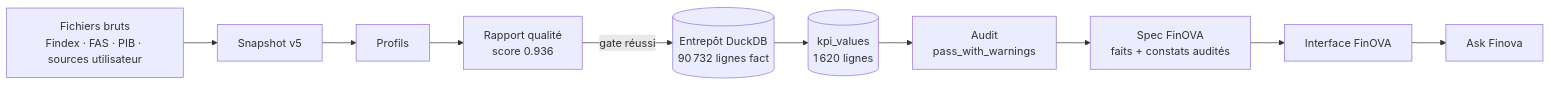
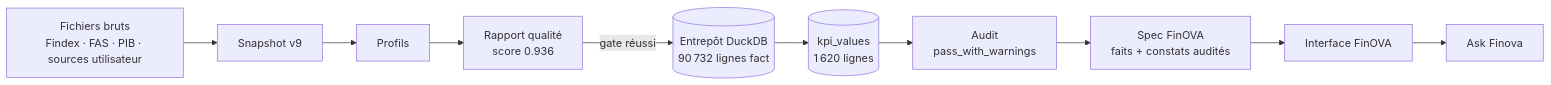
One commit to khalilbenyoussef/data-science-project changed the third of 3 diagrams in docs/deliverables/ARCHITECTURE.md. Above: the diagram before and after it, drawn with Mermaid. The commit also changed other lines of this file and 14 other files, not shown here.

````diff
--- a/docs/deliverables/ARCHITECTURE.md
+++ b/docs/deliverables/ARCHITECTURE.md
@@ -109,10 +108,10 @@
 ```mermaid
 flowchart LR
-  RAW["Fichiers bruts<br/>Findex · FAS · PIB · sources utilisateur"] --> SNAP["Snapshot v5"]
+  RAW["Fichiers bruts<br/>Findex · FAS · PIB · sources utilisateur"] --> SNAP["Snapshot v9"]
   SNAP --> PROF[Profils] --> QUAL["Rapport qualité<br/>score 0.936"]
   QUAL -->|gate réussi| DW[("Entrepôt DuckDB<br/>90 732 lignes fact")]
   DW --> KPI[("kpi_values<br/>1 620 lignes")]
   KPI --> AUD["Audit<br/>pass_with_warnings"]
   AUD --> SPEC["Spec FinOVA<br/>faits + constats audités"]
   SPEC --> UI[Interface FinOVA] --> ASK[Ask Finova]
 ```
````
